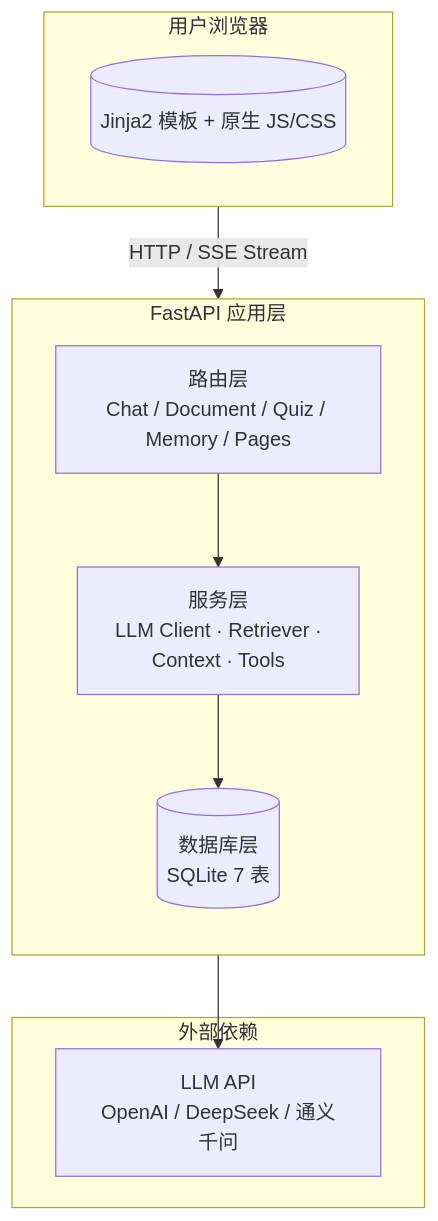
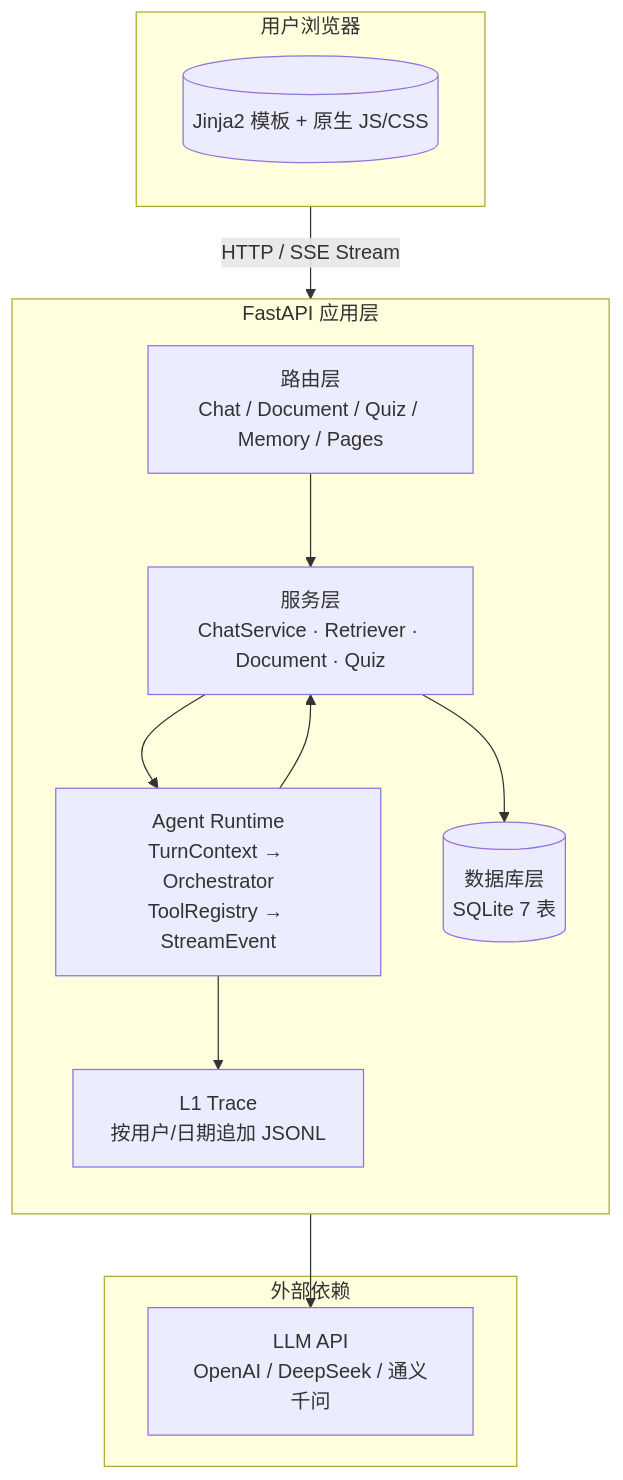
One commit to uhhgxg/tutorai changed the first of 2 diagrams in README.md. Above: the diagram before and after it, drawn with Mermaid. The commit also changed other lines of this file and 8 other files, not shown here.

Commit message:
feat: 引入统一 Agent Runtime 执行链

````diff
--- a/README.md
+++ b/README.md
@@ -14,22 +14,26 @@
 ```mermaid
 flowchart TB
     subgraph Browser["用户浏览器"]
         UI[("Jinja2 模板 + 原生 JS/CSS")]
     end
 
     subgraph FastAPI["FastAPI 应用层"]
         direction TB
         R["路由层<br/>Chat / Document / Quiz / Memory / Pages"]
-        S["服务层<br/>LLM Client · Retriever ·<br/>Context · Tools"]
+        S["服务层<br/>ChatService · Retriever · Document · Quiz"]
+        RT["Agent Runtime<br/>TurnContext → Orchestrator<br/>ToolRegistry → StreamEvent"]
+        T["L1 Trace<br/>按用户/日期追加 JSONL"]
         DB[("数据库层<br/>SQLite 7 表")]
     end
 
     subgraph External["外部依赖"]
         LLM["LLM API<br/>OpenAI / DeepSeek / 通义千问"]
     end
 
     Browser -- HTTP / SSE Stream --> R
-    R --> S
+    R --> S --> RT
+    RT --> T
+    RT --> S
     S --> DB
-    S --> LLM
+    RT --> LLM
 ```
````
